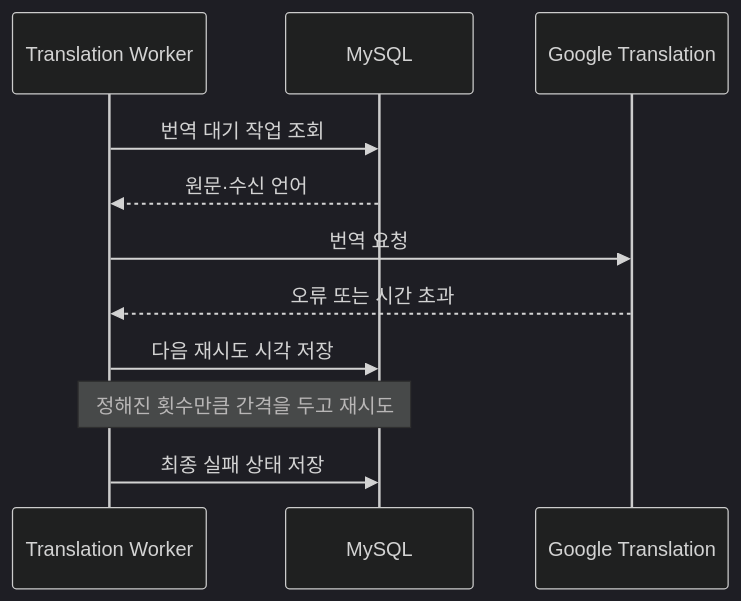
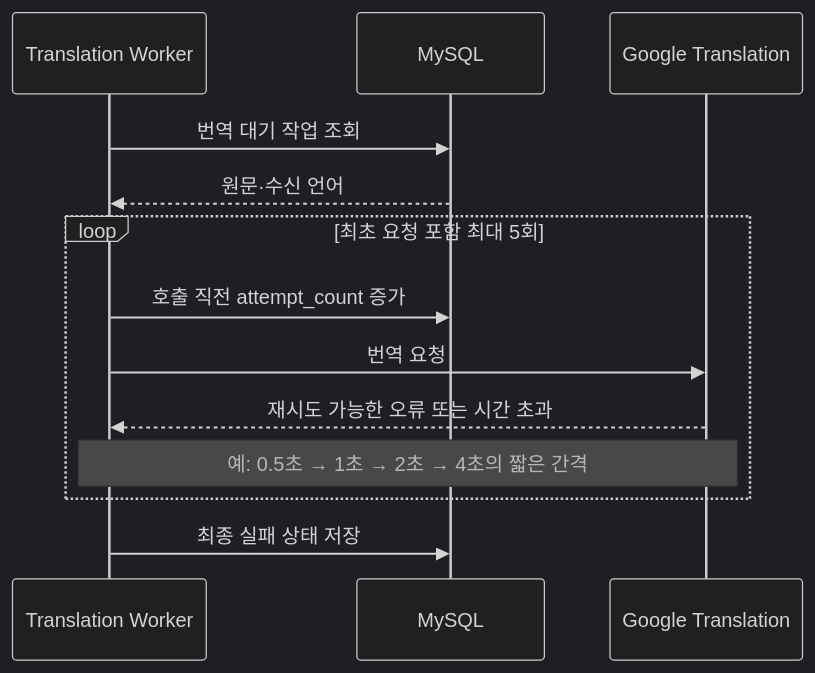
The tenth of 16 diagrams in docs/architecture/chat/05-sequence-diagrams.md (jameskim9509/Kohere-backend), drawn with Mermaid (dark theme) before and after one commit. The commit also changed other lines of this file and 57 other files, not shown here.

````diff
--- a/docs/architecture/chat/05-sequence-diagrams.md
+++ b/docs/architecture/chat/05-sequence-diagrams.md
@@ -244,14 +268,16 @@
 ```mermaid
 sequenceDiagram
     participant WORKER as Translation Worker
     participant DB as MySQL
     participant GOOGLE as Google Translation
 
     WORKER->>DB: 번역 대기 작업 조회
     DB-->>WORKER: 원문·수신 언어
-    WORKER->>GOOGLE: 번역 요청
-    GOOGLE-->>WORKER: 오류 또는 시간 초과
-    WORKER->>DB: 다음 재시도 시각 저장
-    Note over WORKER,DB: 정해진 횟수만큼 간격을 두고 재시도
+    loop 최초 요청 포함 최대 5회
+        WORKER->>DB: 호출 직전 attempt_count 증가
+        WORKER->>GOOGLE: 번역 요청
+        GOOGLE-->>WORKER: 재시도 가능한 오류 또는 시간 초과
+        Note over WORKER,GOOGLE: 예: 0.5초 → 1초 → 2초 → 4초의 짧은 간격
+    end
     WORKER->>DB: 최종 실패 상태 저장
 ```
````
